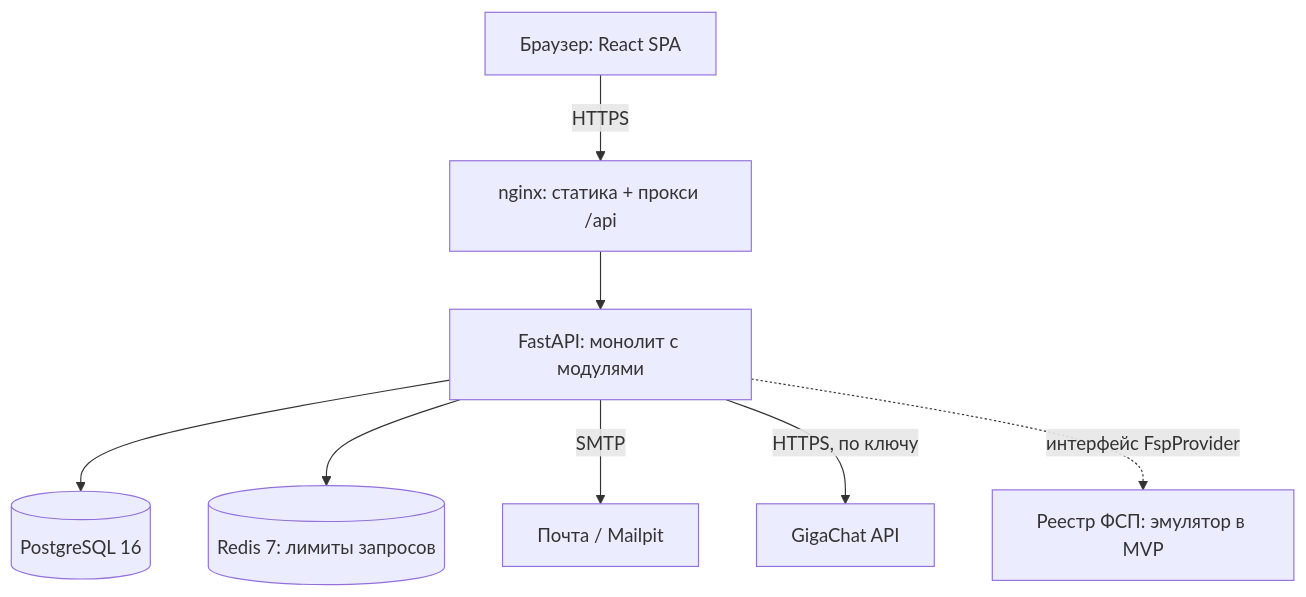
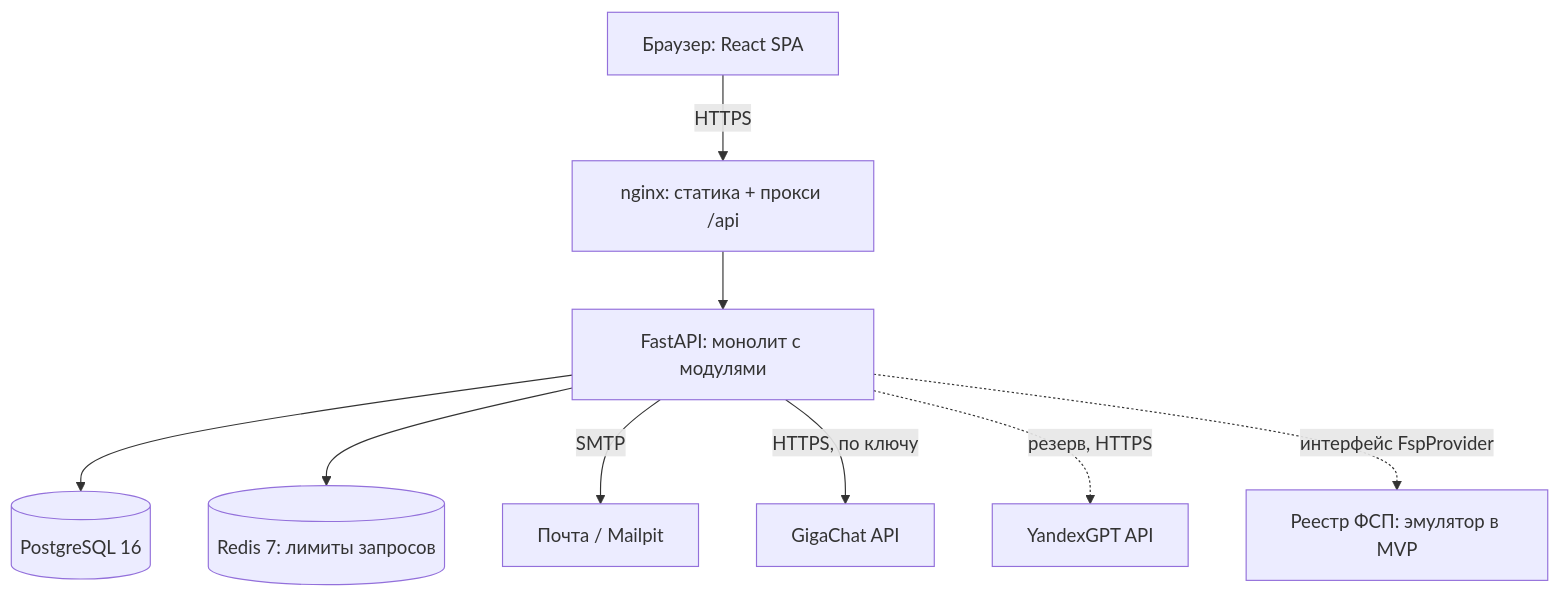
The second of 5 diagrams in docs/guide/04-arhitektura.md (Fighter90/hyrekit_fsp), drawn with Mermaid before and after one commit. The commit also changed other lines of this file and 35 other files, not shown here.

First line of the commit message:
LLM: резерв YandexGPT, статус провайдеров и описание интеграций (#14)

````diff
--- a/docs/guide/04-arhitektura.md
+++ b/docs/guide/04-arhitektura.md
@@ -46,10 +46,11 @@
 ```mermaid
 flowchart TB
   Browser[Браузер: React SPA] -->|HTTPS| Nginx[nginx: статика + прокси /api]
   Nginx --> API[FastAPI: монолит с модулями]
   API --> PG[(PostgreSQL 16)]
   API --> Redis[(Redis 7: лимиты запросов)]
   API -->|SMTP| Mail[Почта / Mailpit]
   API -->|HTTPS, по ключу| Giga[GigaChat API]
+  API -.->|резерв, HTTPS| YGPT[YandexGPT API]
   API -.->|интерфейс FspProvider| FSP[Реестр ФСП: эмулятор в MVP]
 ```
````
